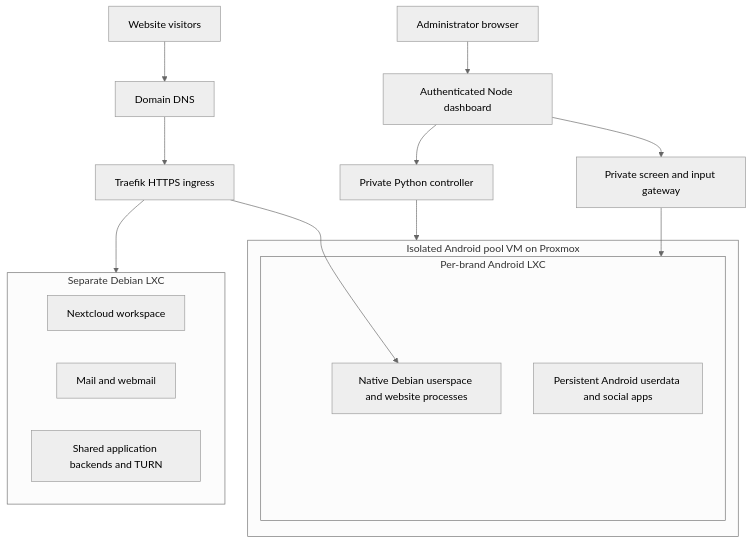
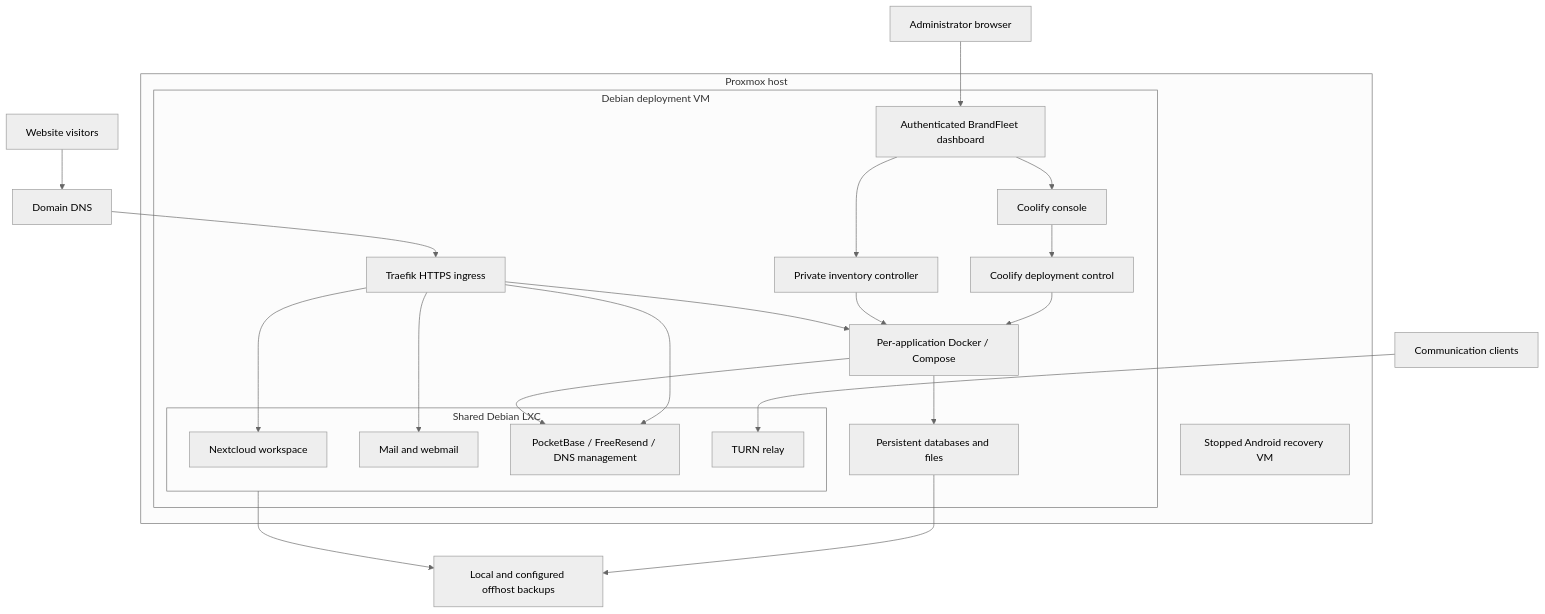
Before and after one commit to darshjme/Brandfleet-by-DJ: the diagram in README.md, drawn with Mermaid (neutral theme). The commit also changed other lines of this file and 16 other files, not shown here.

Commit message:
Document restored Coolify architecture and refresh fleet controls

````diff
--- a/README.md
+++ b/README.md
@@ -36,23 +37,39 @@
 ```mermaid
 flowchart TB
-  Visitor[Website visitors] --> DNS[Domain DNS]
-  DNS --> Ingress[Traefik HTTPS ingress]
-  Admin[Administrator browser] --> Dashboard[Authenticated Node dashboard]
-  Dashboard --> Controller[Private Python controller]
-  Dashboard --> Gateway[Private screen and input gateway]
-  Controller --> Pool
-  Gateway --> Device
-  subgraph Pool[Isolated Android pool VM on Proxmox]
-    subgraph Device[Per-brand Android LXC]
-      Website[Native Debian userspace and website processes]
-      Android[Persistent Android userdata and social apps]
+  Visitors[Website visitors] --> DNS[Domain DNS]
+  Admin[Administrator browser]
+  subgraph Proxmox[Proxmox host]
+    subgraph Debian[Debian deployment VM]
+      Traefik[Traefik HTTPS ingress]
+      Dashboard[Authenticated BrandFleet dashboard]
+      Controller[Private inventory controller]
+      Console[Coolify console]
+      Coolify[Coolify deployment control]
+      Apps[Per-application Docker / Compose]
+      Data[Persistent databases and files]
+      subgraph Shared[Shared Debian LXC]
+        Workspace[Nextcloud workspace]
+        Mail[Mail and webmail]
+        Backends[PocketBase / FreeResend / DNS management]
+        TURN[TURN relay]
+      end
     end
+    Recovery[Stopped Android recovery VM]
   end
-  Ingress --> Website
-  Ingress --> Shared
-  subgraph Shared[Separate Debian LXC]
-    Workspace[Nextcloud workspace]
-    Mail[Mail and webmail]
-    Backends[Shared application backends and TURN]
-  end
+  DNS --> Traefik
+  Admin --> Dashboard
+  Dashboard --> Controller
+  Dashboard --> Console
+  Console --> Coolify
+  Coolify --> Apps
+  Controller --> Apps
+  Traefik --> Apps
+  Traefik --> Workspace
+  Traefik --> Mail
+  Traefik --> Backends
+  Apps --> Backends
+  Communication[Communication clients] --> TURN
+  Apps --> Data
+  Data --> Backups[Local and configured offhost backups]
+  Shared --> Backups
 ```
````
